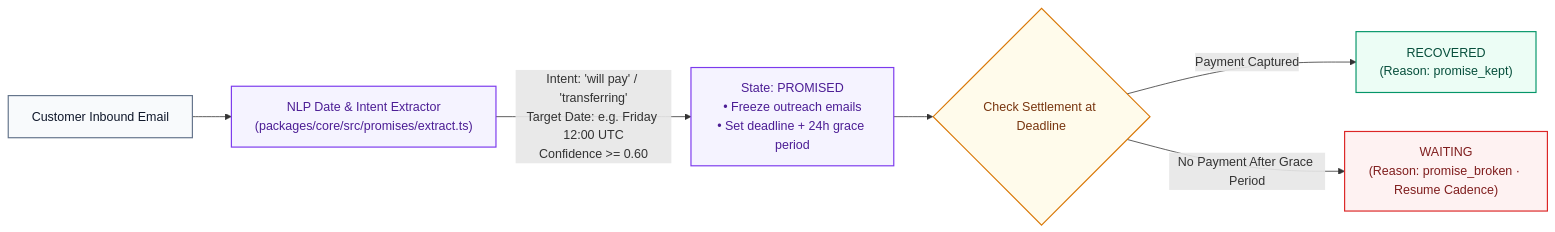
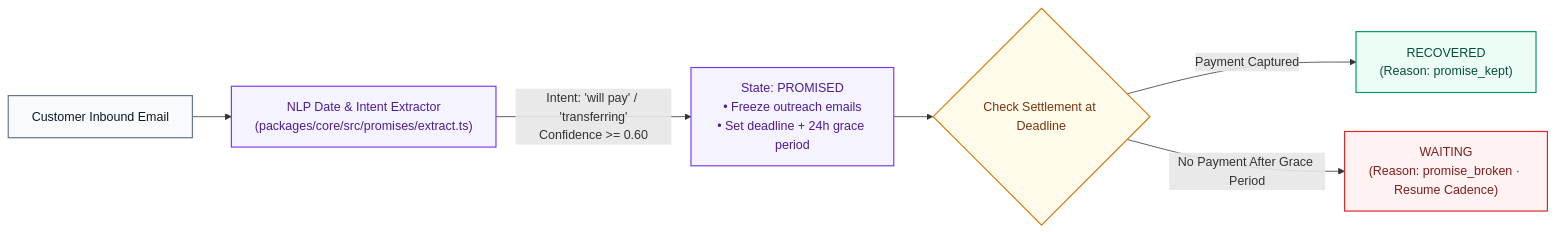
One commit to heysagnik/riko changed the fifth of 7 diagrams in HOW_IT_WORKS.md. Above: the diagram before and after it, drawn with Mermaid. The commit also changed other lines of this file and 4 other files, not shown here.

Commit message:
docs: add architecture, state machine, and recovery lifecycle SVGs and update documentation links

````diff
--- a/HOW_IT_WORKS.md
+++ b/HOW_IT_WORKS.md
@@ -339,16 +230,16 @@
 ```mermaid
 flowchart LR
     classDef in fill:#f8fafc,stroke:#64748b,stroke-width:1.5px,color:#0f172a
     classDef proc fill:#f5f3ff,stroke:#7c3aed,stroke-width:1.5px,color:#4c1d95
     classDef test fill:#fffbeb,stroke:#d97706,stroke-width:1.5px,color:#78350f
     classDef succ fill:#ecfdf5,stroke:#059669,stroke-width:1.5px,color:#064e3b
     classDef err fill:#fef2f2,stroke:#dc2626,stroke-width:1.5px,color:#7f1d1d
 
     INB["Customer Inbound Email"]:::in --> NLP["NLP Date & Intent Extractor\n(packages/core/src/promises/extract.ts)"]:::proc
     
-    NLP -- "Intent: 'will pay' / 'transferring'\nTarget Date: e.g. Friday 12:00 UTC\nConfidence >= 0.60" --> PROMISED["State: PROMISED\n• Freeze outreach emails\n• Set deadline + 24h grace period"]:::proc
+    NLP -->|Intent: 'will pay' / 'transferring'<br/>Confidence >= 0.60| PROMISED["State: PROMISED\n• Freeze outreach emails\n• Set deadline + 24h grace period"]:::proc
     
     PROMISED --> CHECK{"Check Settlement at Deadline"}:::test
-    CHECK -- "Payment Captured" --> REC["RECOVERED\n(Reason: promise_kept)"]:::succ
-    CHECK -- "No Payment After Grace Period" --> BROKE["WAITING\n(Reason: promise_broken · Resume Cadence)"]:::err
+    CHECK -->|Payment Captured| REC["RECOVERED\n(Reason: promise_kept)"]:::succ
+    CHECK -->|No Payment After Grace Period| BROKE["WAITING\n(Reason: promise_broken · Resume Cadence)"]:::err
 ```
````
